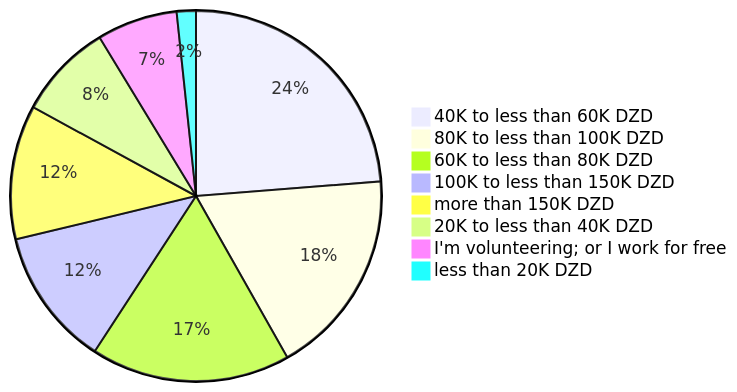
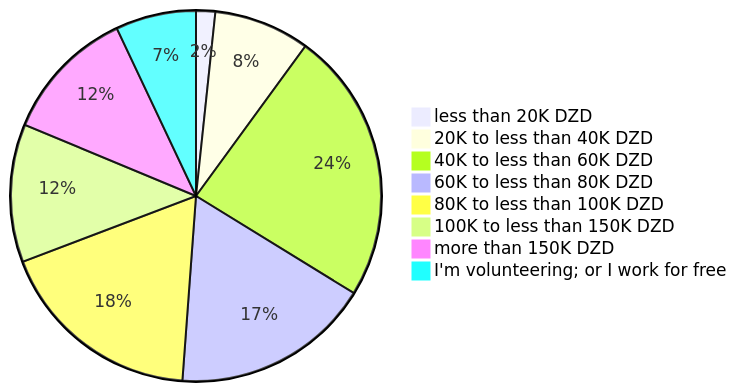
The first of 10 diagrams in website/docs/insights/remuneration.md (Fcmam5/state-of-dz-swe-2024), drawn with Mermaid before and after one commit. The commit also changed other lines of this file, not shown here.

````diff
--- a/website/docs/insights/remuneration.md
+++ b/website/docs/insights/remuneration.md
@@ -18,11 +18,12 @@
 ```mermaid
 pie
+    "less than 20K DZD" : 5
+    "20K to less than 40K DZD" : 25
     "40K to less than 60K DZD" : 71
+    "60K to less than 80K DZD" : 52
     "80K to less than 100K DZD" : 54
-    "60K to less than 80K DZD" : 52
     "100K to less than 150K DZD" : 36
     "more than 150K DZD" : 35
-    "20K to less than 40K DZD" : 25
     "I'm volunteering; or I work for free" : 21
-    "less than 20K DZD" : 5
+   
 ```
````
